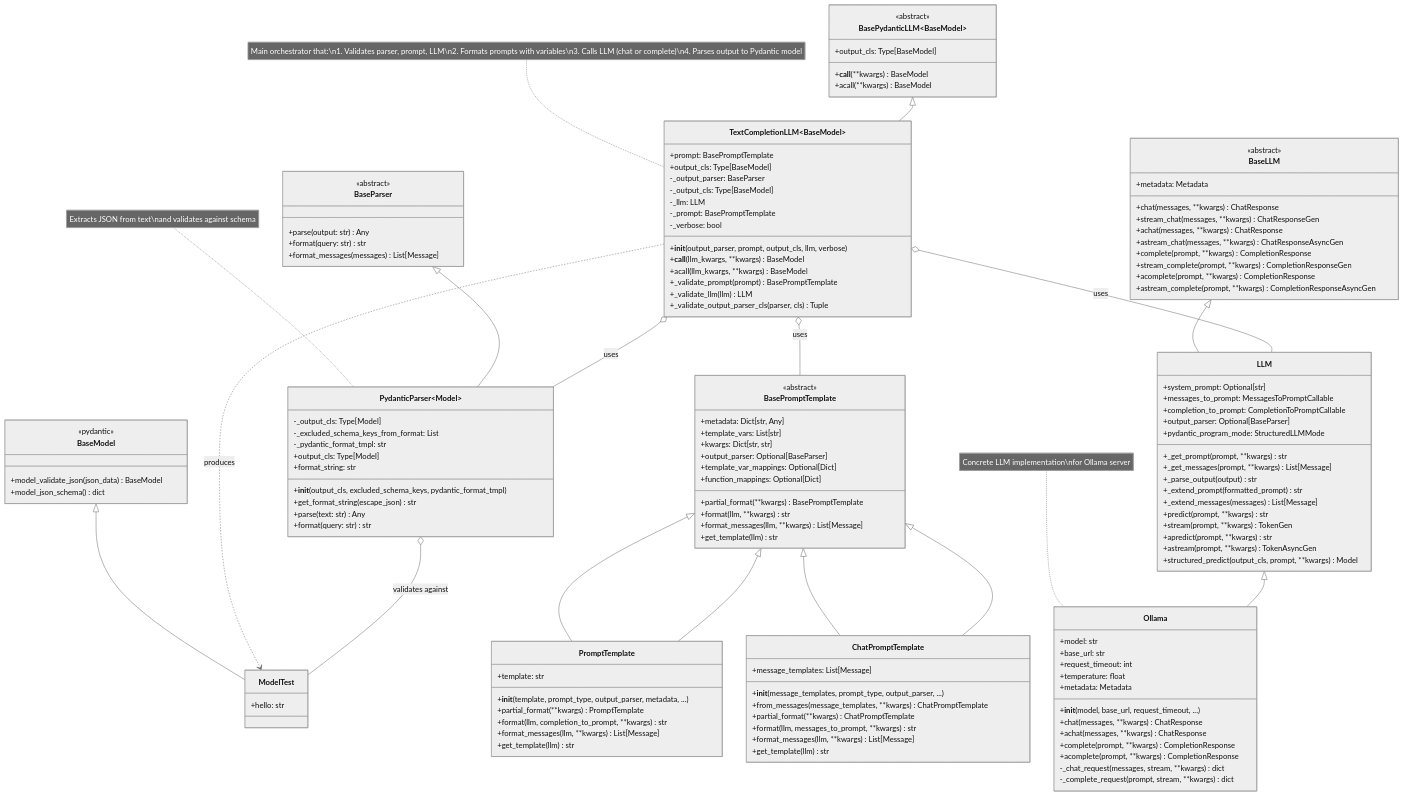
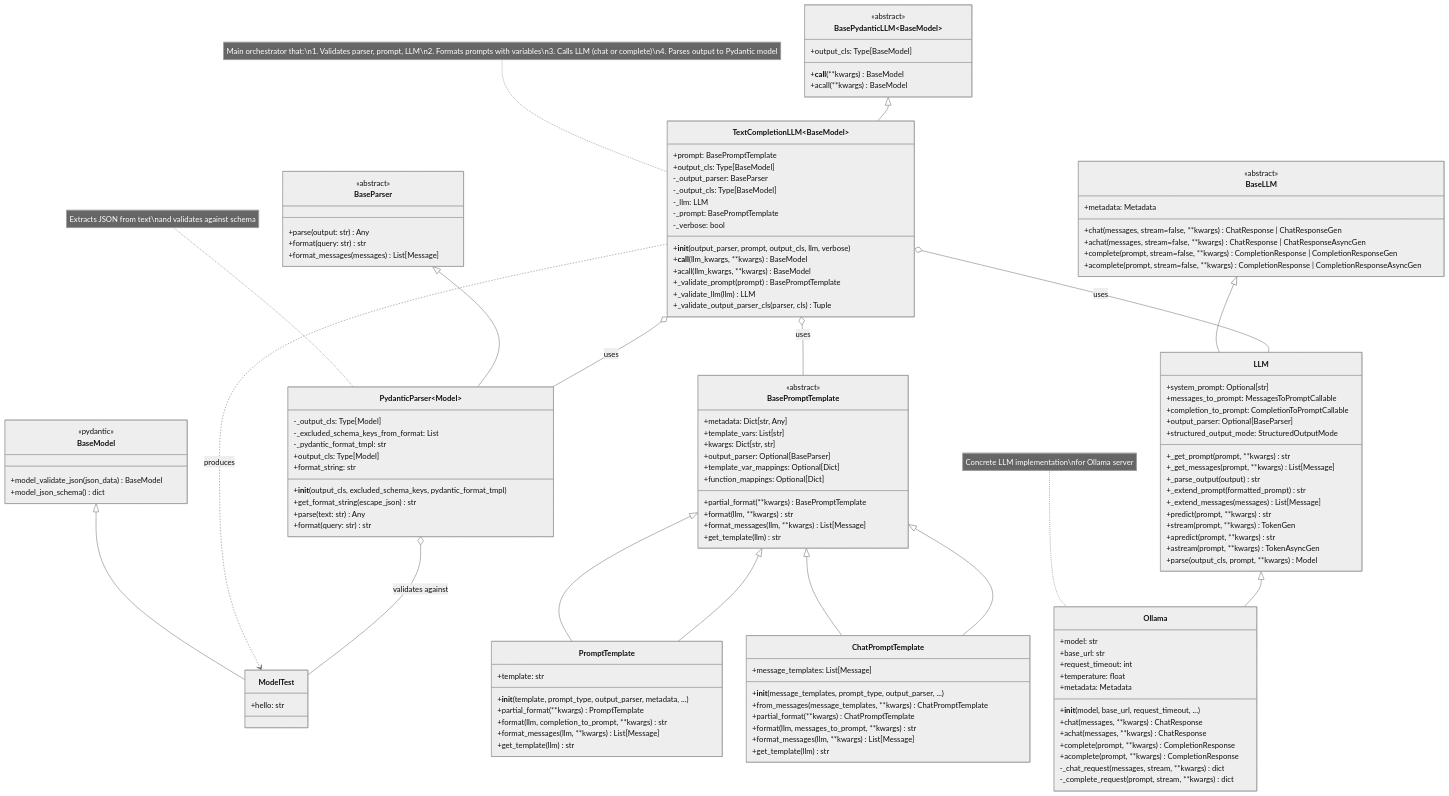
The diagram in docs/reference/core/llms/orchestrators/text_completion_llm/text_completion_llm_class.md (Serapieum-of-alex/serapeum), drawn with Mermaid (neutral theme) before and after one commit. The commit also changed 55 other files, not shown here.

```diff
--- a/docs/reference/core/llms/orchestrators/text_completion_llm/text_completion_llm_class.md
+++ b/docs/reference/core/llms/orchestrators/text_completion_llm/text_completion_llm_class.md
@@ -82,14 +82,10 @@
     class BaseLLM {
         <<abstract>>
         +metadata: Metadata
-        +chat(messages, **kwargs) ChatResponse
-        +stream_chat(messages, **kwargs) ChatResponseGen
-        +achat(messages, **kwargs) ChatResponse
-        +astream_chat(messages, **kwargs) ChatResponseAsyncGen
-        +complete(prompt, **kwargs) CompletionResponse
-        +stream_complete(prompt, **kwargs) CompletionResponseGen
-        +acomplete(prompt, **kwargs) CompletionResponse
-        +astream_complete(prompt, **kwargs) CompletionResponseAsyncGen
+        +chat(messages, stream=false, **kwargs) ChatResponse | ChatResponseGen
+        +achat(messages, stream=false, **kwargs) ChatResponse | ChatResponseAsyncGen
+        +complete(prompt, stream=false, **kwargs) CompletionResponse | CompletionResponseGen
+        +acomplete(prompt, stream=false, **kwargs) CompletionResponse | CompletionResponseAsyncGen
     }
 
     class LLM {
@@ -97,7 +93,7 @@
         +messages_to_prompt: MessagesToPromptCallable
         +completion_to_prompt: CompletionToPromptCallable
         +output_parser: Optional[BaseParser]
-        +pydantic_program_mode: StructuredLLMMode
+        +structured_output_mode: StructuredOutputMode
         +_get_prompt(prompt, **kwargs) str
         +_get_messages(prompt, **kwargs) List[Message]
         +_parse_output(output) str
@@ -107,7 +103,7 @@
         +stream(prompt, **kwargs) TokenGen
         +apredict(prompt, **kwargs) str
         +astream(prompt, **kwargs) TokenAsyncGen
-        +structured_predict(output_cls, prompt, **kwargs) Model
+        +parse(output_cls, prompt, **kwargs) Model
     }
 
     class Ollama {
```
